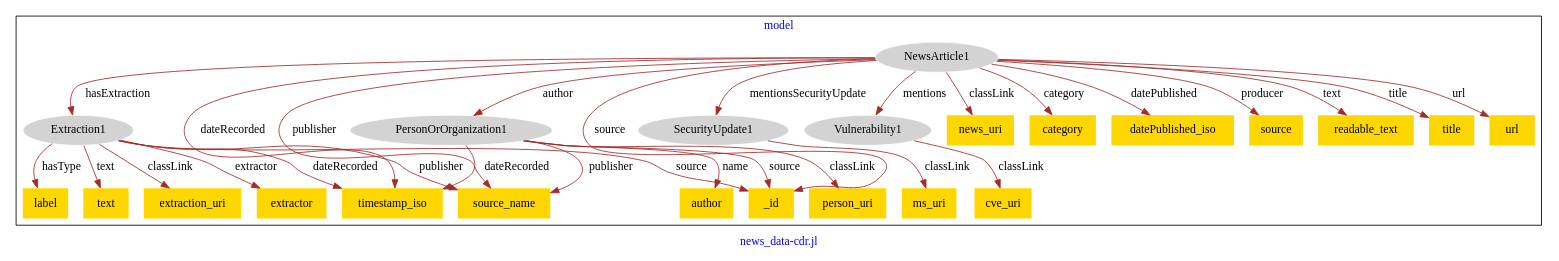
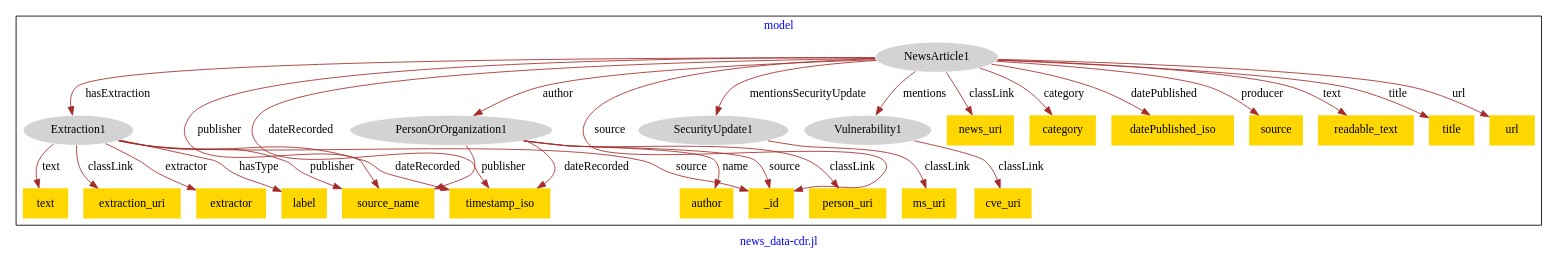
Before and after one commit to usc-isi-i2/effect-alignment: the diagram in models/isi-news/news-model.dot, drawn with Graphviz.

Commit message:
Update file news-model.dot

```diff
--- a/models/isi-news/news-model.dot
+++ b/models/isi-news/news-model.dot
@@ -1,59 +1,59 @@
 digraph n0 {
 fontcolor="blue"
 remincross="true"
 label="news_data-cdr.jl"
 subgraph cluster {
 label="model"
 n2[style="filled",color="white",fillcolor="lightgray",label="Extraction1"];
 n3[shape="plaintext",style="filled",fillcolor="gold",label="extraction_uri"];
-n4[shape="plaintext",style="filled",fillcolor="gold",label="timestamp_iso"];
-n5[shape="plaintext",style="filled",fillcolor="gold",label="extractor"];
-n6[shape="plaintext",style="filled",fillcolor="gold",label="label"];
+n4[shape="plaintext",style="filled",fillcolor="gold",label="extractor"];
+n5[shape="plaintext",style="filled",fillcolor="gold",label="label"];
+n6[shape="plaintext",style="filled",fillcolor="gold",label="source_name"];
 n7[shape="plaintext",style="filled",fillcolor="gold",label="text"];
 n8[style="filled",color="white",fillcolor="lightgray",label="PersonOrOrganization1"];
 n9[shape="plaintext",style="filled",fillcolor="gold",label="person_uri"];
-n10[shape="plaintext",style="filled",fillcolor="gold",label="author"];
-n11[shape="plaintext",style="filled",fillcolor="gold",label="source_name"];
+n10[shape="plaintext",style="filled",fillcolor="gold",label="timestamp_iso"];
+n11[shape="plaintext",style="filled",fillcolor="gold",label="author"];
 n12[shape="plaintext",style="filled",fillcolor="gold",label="_id"];
 n13[style="filled",color="white",fillcolor="lightgray",label="SecurityUpdate1"];
 n14[shape="plaintext",style="filled",fillcolor="gold",label="ms_uri"];
 n15[style="filled",color="white",fillcolor="lightgray",label="Vulnerability1"];
 n16[shape="plaintext",style="filled",fillcolor="gold",label="cve_uri"];
 n17[style="filled",color="white",fillcolor="lightgray",label="NewsArticle1"];
 n18[shape="plaintext",style="filled",fillcolor="gold",label="news_uri"];
 n19[shape="plaintext",style="filled",fillcolor="gold",label="category"];
 n20[shape="plaintext",style="filled",fillcolor="gold",label="datePublished_iso"];
 n21[shape="plaintext",style="filled",fillcolor="gold",label="source"];
 n22[shape="plaintext",style="filled",fillcolor="gold",label="readable_text"];
 n23[shape="plaintext",style="filled",fillcolor="gold",label="title"];
 n24[shape="plaintext",style="filled",fillcolor="gold",label="url"];
 }
 n2 -> n3[color="brown",fontcolor="black",label="classLink"]
-n2 -> n4[color="brown",fontcolor="black",label="dateRecorded"]
-n2 -> n5[color="brown",fontcolor="black",label="extractor"]
-n2 -> n6[color="brown",fontcolor="black",label="hasType"]
+n2 -> n4[color="brown",fontcolor="black",label="extractor"]
+n2 -> n5[color="brown",fontcolor="black",label="hasType"]
+n2 -> n6[color="brown",fontcolor="black",label="publisher"]
 n2 -> n7[color="brown",fontcolor="black",label="text"]
 n8 -> n9[color="brown",fontcolor="black",label="classLink"]
-n8 -> n4[color="brown",fontcolor="black",label="dateRecorded"]
-n8 -> n10[color="brown",fontcolor="black",label="name"]
-n8 -> n11[color="brown",fontcolor="black",label="publisher"]
+n8 -> n10[color="brown",fontcolor="black",label="dateRecorded"]
+n8 -> n11[color="brown",fontcolor="black",label="name"]
+n8 -> n6[color="brown",fontcolor="black",label="publisher"]
 n8 -> n12[color="brown",fontcolor="black",label="source"]
 n13 -> n14[color="brown",fontcolor="black",label="classLink"]
 n15 -> n16[color="brown",fontcolor="black",label="classLink"]
 n17 -> n18[color="brown",fontcolor="black",label="classLink"]
 n17 -> n8[color="brown",fontcolor="black",label="author"]
 n17 -> n19[color="brown",fontcolor="black",label="category"]
 n17 -> n20[color="brown",fontcolor="black",label="datePublished"]
 n17 -> n21[color="brown",fontcolor="black",label="producer"]
 n17 -> n22[color="brown",fontcolor="black",label="text"]
 n17 -> n23[color="brown",fontcolor="black",label="title"]
 n17 -> n24[color="brown",fontcolor="black",label="url"]
-n17 -> n4[color="brown",fontcolor="black",label="dateRecorded"]
 n17 -> n12[color="brown",fontcolor="black",label="source"]
+n2 -> n10[color="brown",fontcolor="black",label="dateRecorded"]
+n17 -> n15[color="brown",fontcolor="black",label="mentions"]
 n2 -> n12[color="brown",fontcolor="black",label="source"]
-n17 -> n15[color="brown",fontcolor="black",label="mentions"]
 n17 -> n2[color="brown",fontcolor="black",label="hasExtraction"]
-n17 -> n11[color="brown",fontcolor="black",label="publisher"]
-n2 -> n11[color="brown",fontcolor="black",label="publisher"]
+n17 -> n10[color="brown",fontcolor="black",label="dateRecorded"]
+n17 -> n6[color="brown",fontcolor="black",label="publisher"]
 n17 -> n13[color="brown",fontcolor="black",label="mentionsSecurityUpdate"]
 }
```
